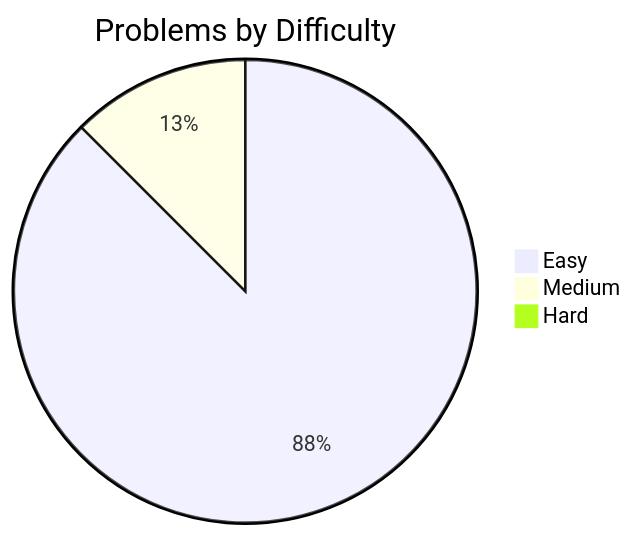
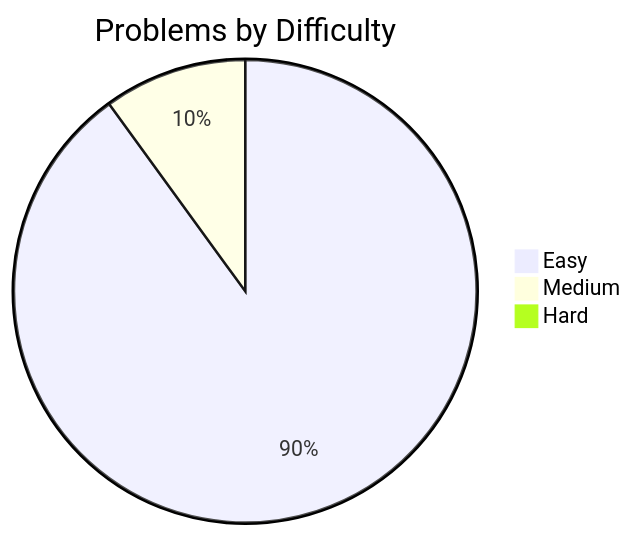
Before and after one commit to davelin18yufan/leetcode-journal: the diagram in README.md, drawn with Mermaid. The commit also changed other lines of this file and 3 other files, not shown here.

````diff
--- a/README.md
+++ b/README.md
@@ -9,7 +9,7 @@
 ```mermaid
 pie
     title Problems by Difficulty
-    "Easy" : 7
+    "Easy" : 9
     "Medium" : 1
     "Hard" : 0
 ```
````
